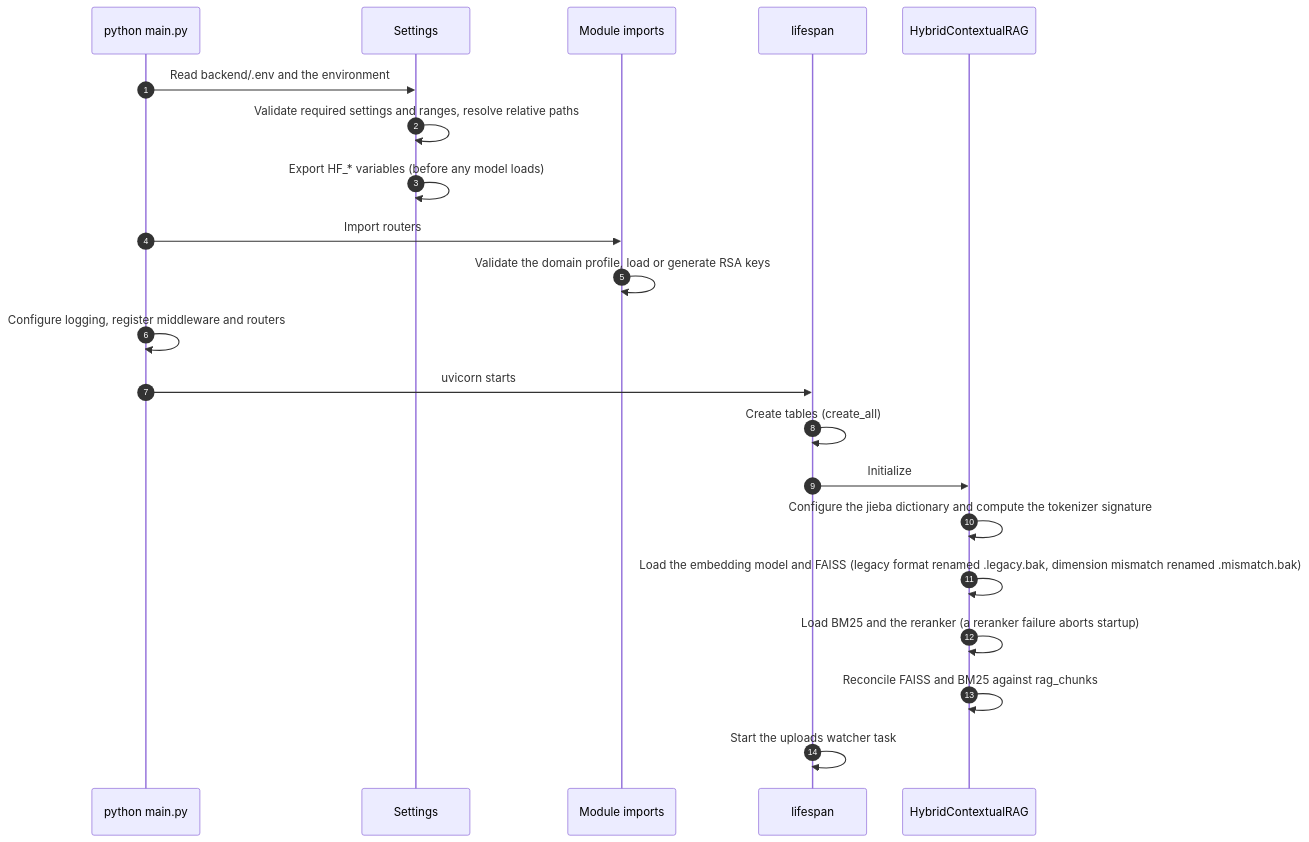
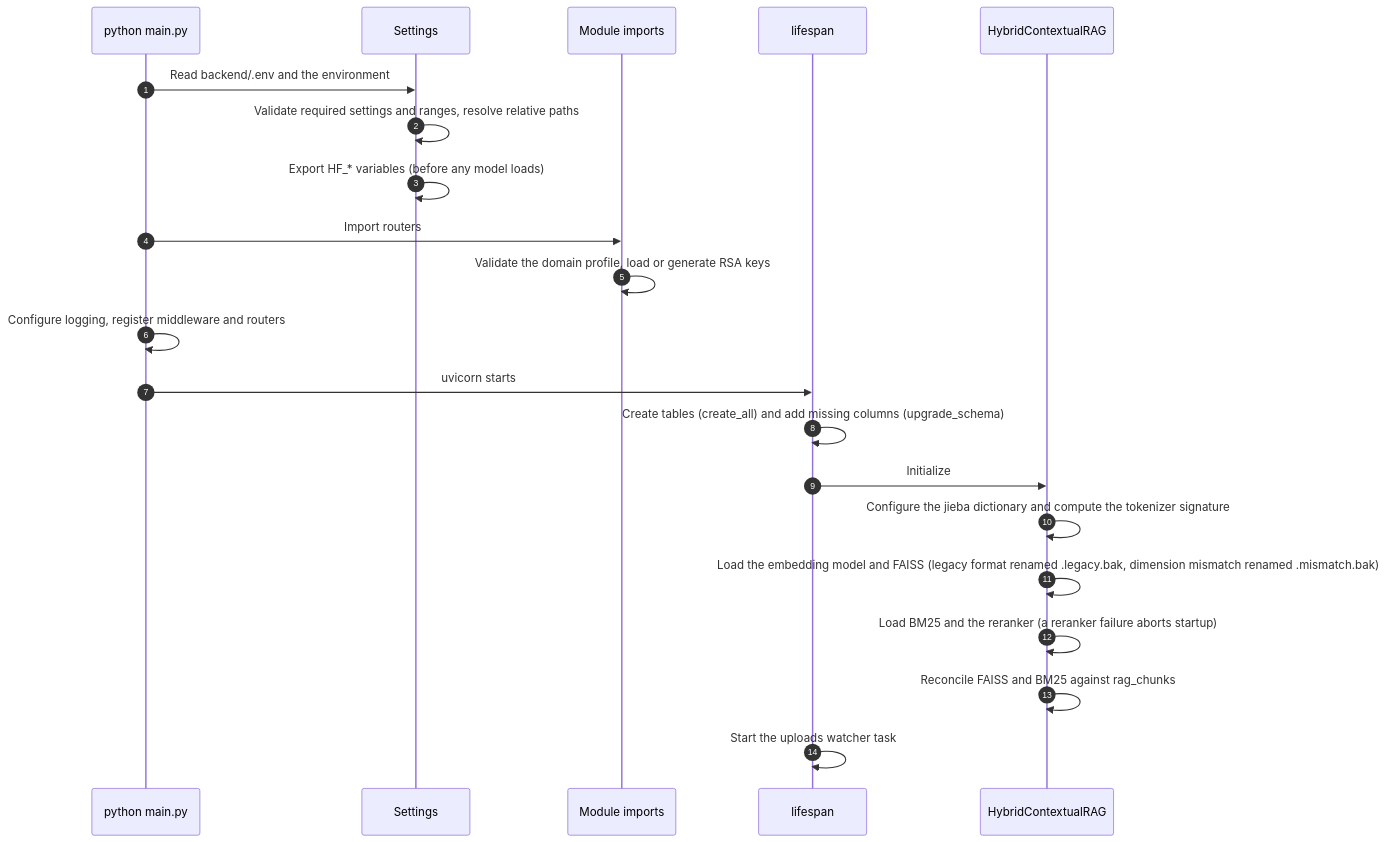
One commit to Scorpio-meow/AskMiao changed the second of 9 diagrams in docs/architecture_en.md. Above: the diagram before and after it, drawn with Mermaid. The commit also changed other lines of this file and 84 other files, not shown here.

````diff
--- a/docs/architecture_en.md
+++ b/docs/architecture_en.md
@@ -98,24 +102,24 @@
 ```mermaid
 sequenceDiagram
     autonumber
     participant Main as python main.py
     participant Cfg as Settings
     participant Imp as Module imports
     participant Life as lifespan
     participant RAG as HybridContextualRAG
 
     Main->>Cfg: Read backend/.env and the environment
     Cfg->>Cfg: Validate required settings and ranges, resolve relative paths
     Cfg->>Cfg: Export HF_* variables (before any model loads)
     Main->>Imp: Import routers
     Imp->>Imp: Validate the domain profile, load or generate RSA keys
     Main->>Main: Configure logging, register middleware and routers
     Main->>Life: uvicorn starts
-    Life->>Life: Create tables (create_all)
+    Life->>Life: Create tables (create_all) and add missing columns (upgrade_schema)
     Life->>RAG: Initialize
     RAG->>RAG: Configure the jieba dictionary and compute the tokenizer signature
     RAG->>RAG: Load the embedding model and FAISS (legacy format renamed .legacy.bak, dimension mismatch renamed .mismatch.bak)
     RAG->>RAG: Load BM25 and the reranker (a reranker failure aborts startup)
     RAG->>RAG: Reconcile FAISS and BM25 against rag_chunks
     Life->>Life: Start the uploads watcher task
 ```
````
